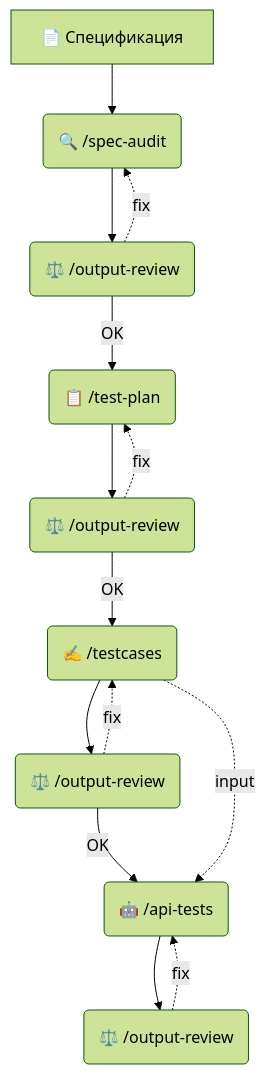
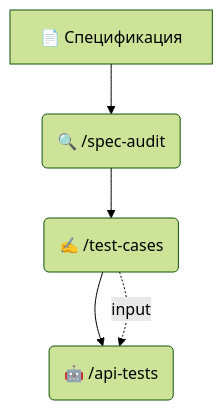
One commit to vlad-ryzhkov/AI-QA-workshop-feb19 changed the diagram in docs/workshop-commands.md. Above: the diagram before and after it, drawn with Mermaid (forest theme). The commit also changed other lines of this file and 95 other files, not shown here.

````diff
--- a/docs/workshop-commands.md
+++ b/docs/workshop-commands.md
@@ -9,25 +9,11 @@
 ```mermaid
 graph TD
     Spec[📄 Спецификация]
     Audit(🔍 /spec-audit)
-    R1(⚖️ /output-review)
-    Plan(📋 /test-plan)
-    R2(⚖️ /output-review)
-    Manual(✍️ /testcases)
-    R3(⚖️ /output-review)
+    Manual(✍️ /test-cases)
     Auto(🤖 /api-tests)
-    R4(⚖️ /output-review)
 
-    Spec --> Audit --> R1
-    R1 -->|OK| Plan
-    R1 -.->|fix| Audit
-    Plan --> R2
-    R2 -->|OK| Manual
-    R2 -.->|fix| Plan
-    Manual --> R3
-    R3 -->|OK| Auto
-    R3 -.->|fix| Manual
+    Spec --> Audit --> Manual
+    Manual --> Auto
     Manual -.->|input| Auto
-    Auto --> R4
-    R4 -.->|fix| Auto
 ```
````
